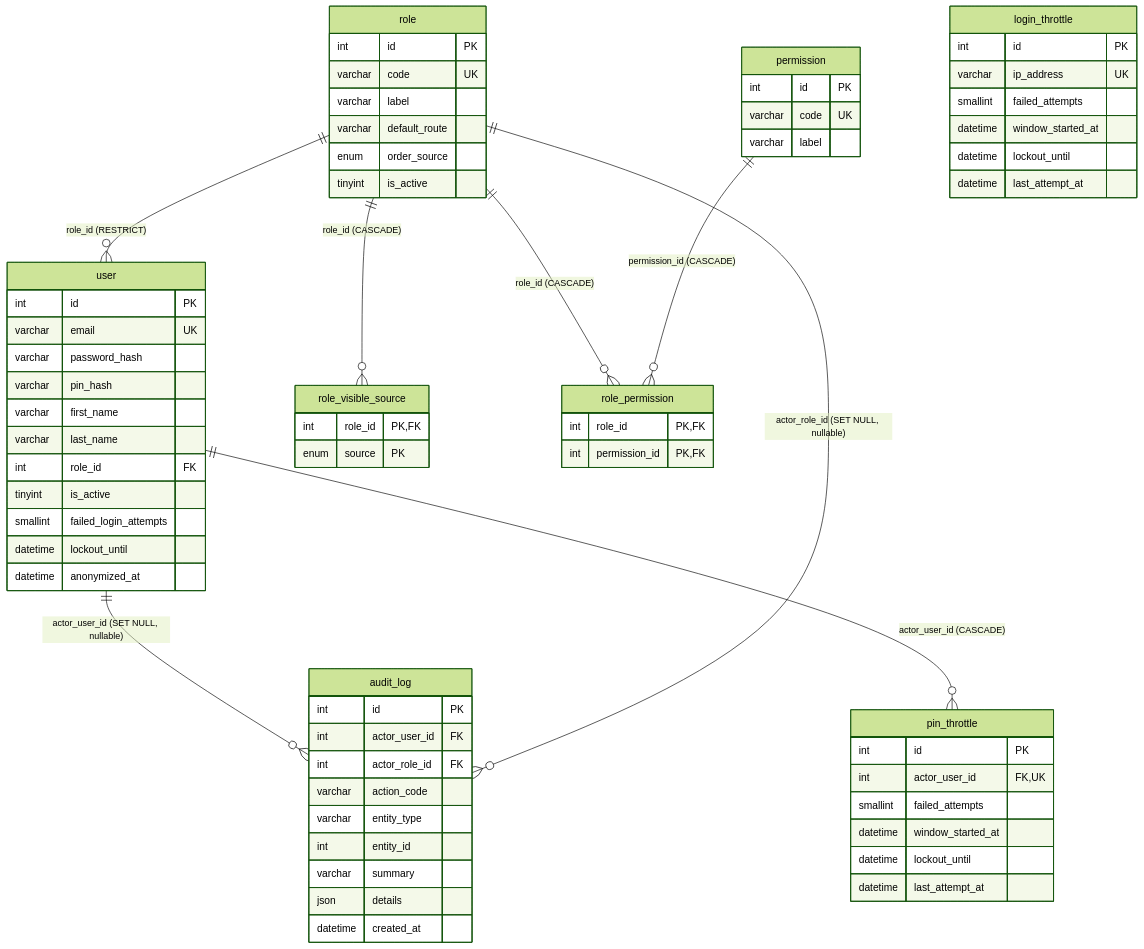
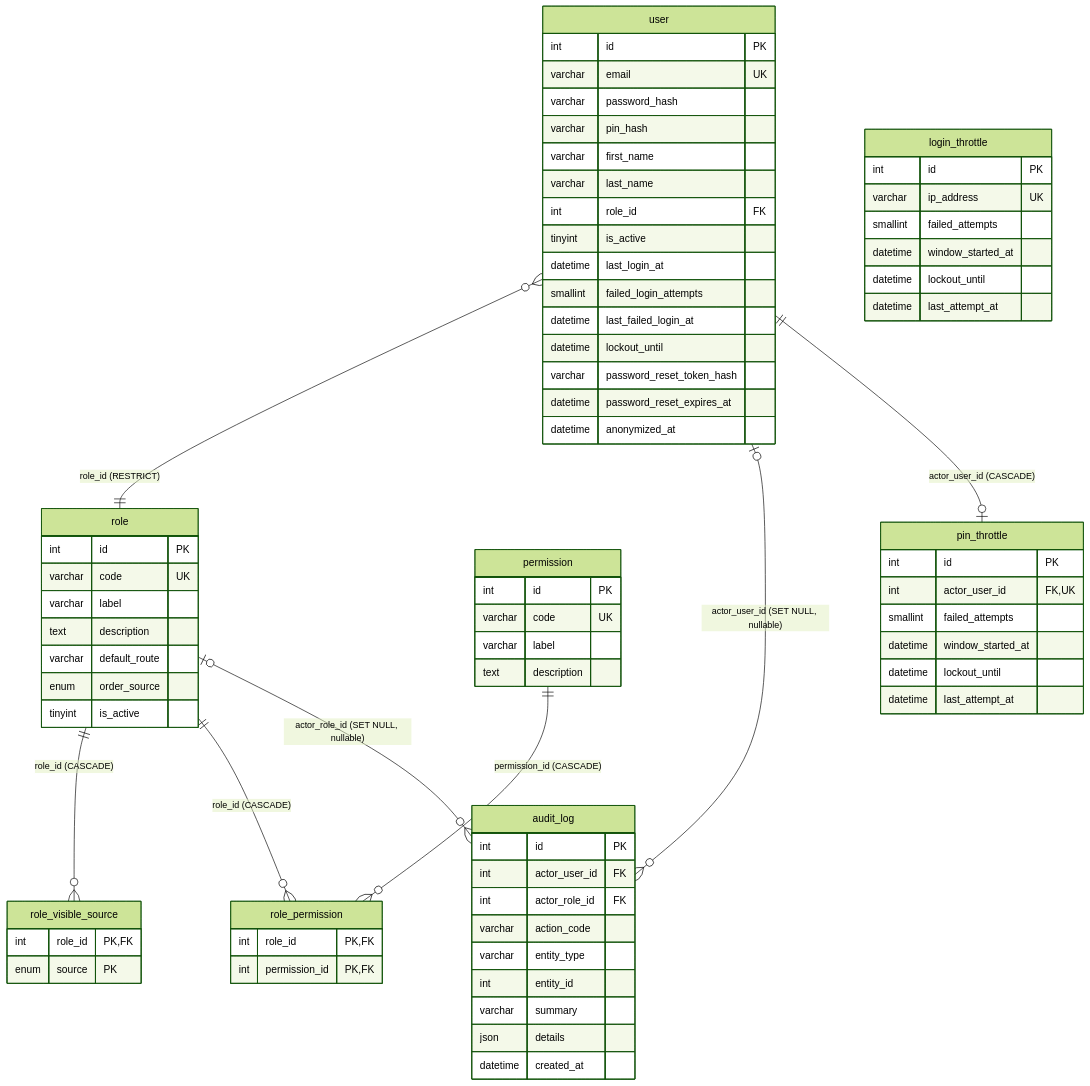
One commit to AcadeNice/wakdo_corentin changed the fourth of 4 diagrams in docs/merise/mld.md. Above: the diagram before and after it, drawn with Mermaid (forest theme). The commit also changed other lines of this file and 30 other files, not shown here.

````diff
--- a/docs/merise/mld.md
+++ b/docs/merise/mld.md
@@ -315,72 +329,78 @@
 ```mermaid
 erDiagram
     role {
         int id PK
         varchar code UK
         varchar label
+        text description
         varchar default_route
         enum order_source
         tinyint is_active
     }
     user {
         int id PK
         varchar email UK
         varchar password_hash
         varchar pin_hash
         varchar first_name
         varchar last_name
         int role_id FK
         tinyint is_active
+        datetime last_login_at
         smallint failed_login_attempts
+        datetime last_failed_login_at
         datetime lockout_until
+        varchar password_reset_token_hash
+        datetime password_reset_expires_at
         datetime anonymized_at
     }
     role_visible_source {
         int role_id PK,FK
         enum source PK
     }
     permission {
         int id PK
         varchar code UK
         varchar label
+        text description
     }
     role_permission {
         int role_id PK,FK
         int permission_id PK,FK
     }
     audit_log {
         int id PK
         int actor_user_id FK
         int actor_role_id FK
         varchar action_code
         varchar entity_type
         int entity_id
         varchar summary
         json details
         datetime created_at
     }
     login_throttle {
         int id PK
         varchar ip_address UK
         smallint failed_attempts
         datetime window_started_at
         datetime lockout_until
         datetime last_attempt_at
     }
     pin_throttle {
         int id PK
         int actor_user_id FK,UK
         smallint failed_attempts
         datetime window_started_at
         datetime lockout_until
         datetime last_attempt_at
     }
 
-    role ||--o{ user : "role_id (RESTRICT)"
+    user }o--|| role : "role_id (RESTRICT)"
     role ||--o{ role_visible_source : "role_id (CASCADE)"
     role ||--o{ role_permission : "role_id (CASCADE)"
     permission ||--o{ role_permission : "permission_id (CASCADE)"
-    user ||--o{ audit_log : "actor_user_id (SET NULL, nullable)"
-    role ||--o{ audit_log : "actor_role_id (SET NULL, nullable)"
-    user ||--o{ pin_throttle : "actor_user_id (CASCADE)"
+    user |o--o{ audit_log : "actor_user_id (SET NULL, nullable)"
+    role |o--o{ audit_log : "actor_role_id (SET NULL, nullable)"
+    user ||--o| pin_throttle : "actor_user_id (CASCADE)"
 ```
````
